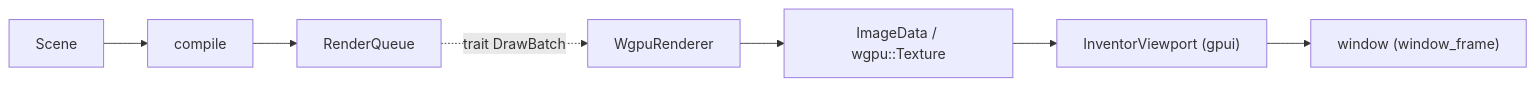
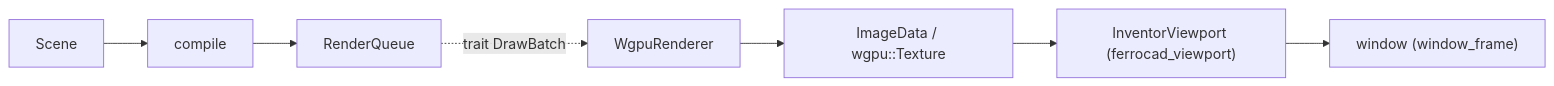
The diagram in docs/inventor-renderer.md (ferrocad/ferrocad), drawn with Mermaid before and after one commit. The commit also changed other lines of this file and 19 other files, not shown here.

First line of the commit message:
viewport: extract the gpui viewport into ferrocad_viewport

````diff
--- a/docs/inventor-renderer.md
+++ b/docs/inventor-renderer.md
@@ -25,9 +26,9 @@
 ```mermaid
 flowchart LR
     S["Scene"] --> C["compile"]
     C --> RQ["RenderQueue"]
     RQ -. "trait DrawBatch" .-> RW["WgpuRenderer"]
     RW --> IMG["ImageData / wgpu::Texture"]
-    IMG --> VP["InventorViewport (gpui)"]
+    IMG --> VP["InventorViewport (ferrocad_viewport)"]
     VP --> W["window (window_frame)"]
 ```
````
